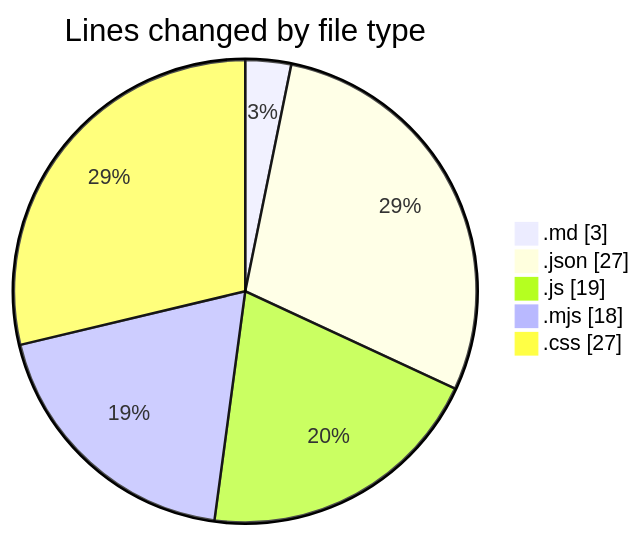
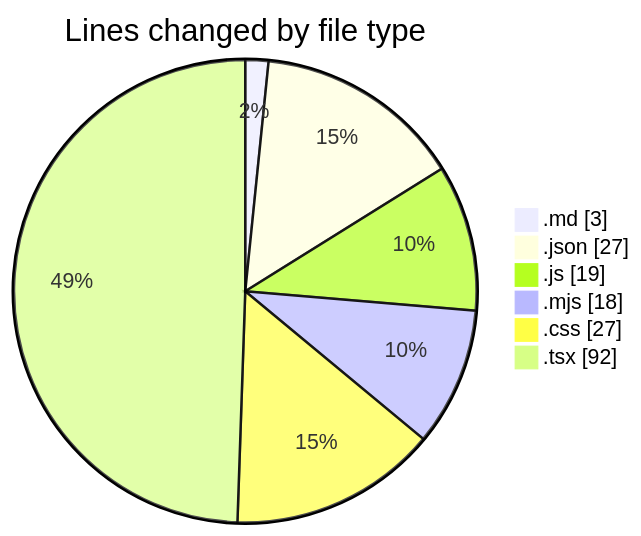
The first of 2 diagrams in 2025-06-18/scopesketch-app/README.md (Ritupan-Deka/code-tracking), drawn with Mermaid before and after one commit. The commit also changed other lines of this file and 1 other file, not shown here.

````diff
--- a/2025-06-18/scopesketch-app/README.md
+++ b/2025-06-18/scopesketch-app/README.md
@@ -25,9 +26,10 @@
 ```mermaid
 pie showData
 title Lines changed by file type
 ".md" : 3
 ".json" : 27
 ".js" : 19
 ".mjs" : 18
 ".css" : 27
+".tsx" : 92
 ```
````
